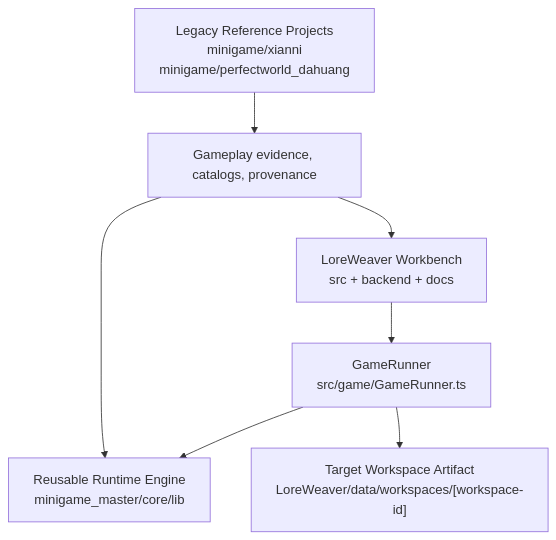
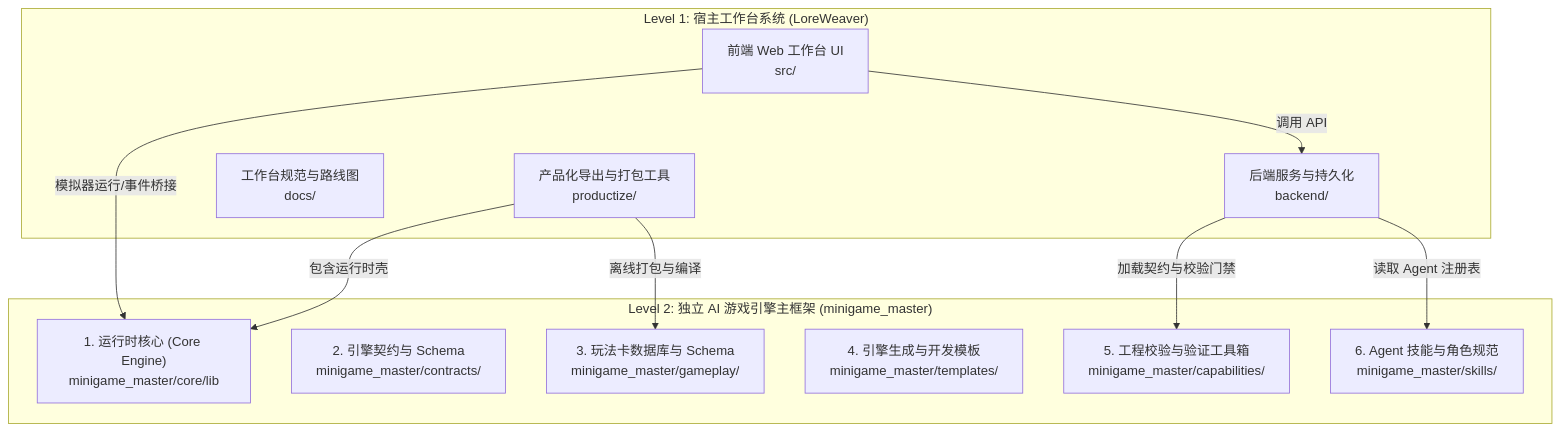
Before and after one commit to eric20170524/LoreWeaver: the diagram in docs/README.md, drawn with Mermaid. The commit also changed other lines of this file, not shown here.

Commit message:
docs: update docs/README.md in Chinese with two-level architecture hierarchy and asset navigation

````diff
--- a/docs/README.md
+++ b/docs/README.md
@@ -9,9 +11,25 @@
 ```mermaid
 flowchart TD
-    A["LoreWeaver Workbench<br/>src + backend + docs"] --> B["GameRunner<br/>src/game/GameRunner.ts"]
-    B --> C["Reusable Runtime Engine<br/>minigame_master/core/lib"]
-    B --> D["Target Workspace Artifact<br/>LoreWeaver/data/workspaces/[workspace-id]"]
-    E["Legacy Reference Projects<br/>minigame/xianni<br/>minigame/perfectworld_dahuang"] --> F["Gameplay evidence, catalogs, provenance"]
-    F --> A
-    F --> C
+    subgraph L1 ["Level 1: 宿主工作台系统 (LoreWeaver)"]
+        UI["前端 Web 工作台 UI<br/>src/"]
+        BE["后端服务与持久化<br/>backend/"]
+        DOCS["工作台规范与路线图<br/>docs/"]
+        PROD["产品化导出与打包工具<br/>productize/"]
+    end
+
+    subgraph L2 ["Level 2: 独立 AI 游戏引擎主框架 (minigame_master)"]
+        CORE["1. 运行时核心 (Core Engine)<br/>minigame_master/core/lib"]
+        CONTRACTS["2. 引擎契约与 Schema<br/>minigame_master/contracts/"]
+        GAMEPLAY["3. 玩法卡数据库与 Schema<br/>minigame_master/gameplay/"]
+        TEMPLATES["4. 引擎生成与开发模板<br/>minigame_master/templates/"]
+        CAPABILITIES["5. 工程校验与验证工具箱<br/>minigame_master/capabilities/"]
+        SKILLS["6. Agent 技能与角色规范<br/>minigame_master/skills/"]
+    end
+
+    UI --> |模拟器运行/事件桥接| CORE
+    UI --> |调用 API| BE
+    BE --> |加载契约与校验门禁| CAPABILITIES
+    BE --> |读取 Agent 注册表| SKILLS
+    PROD --> |离线打包与编译| GAMEPLAY
+    PROD --> |包含运行时壳| CORE
 ```
````
